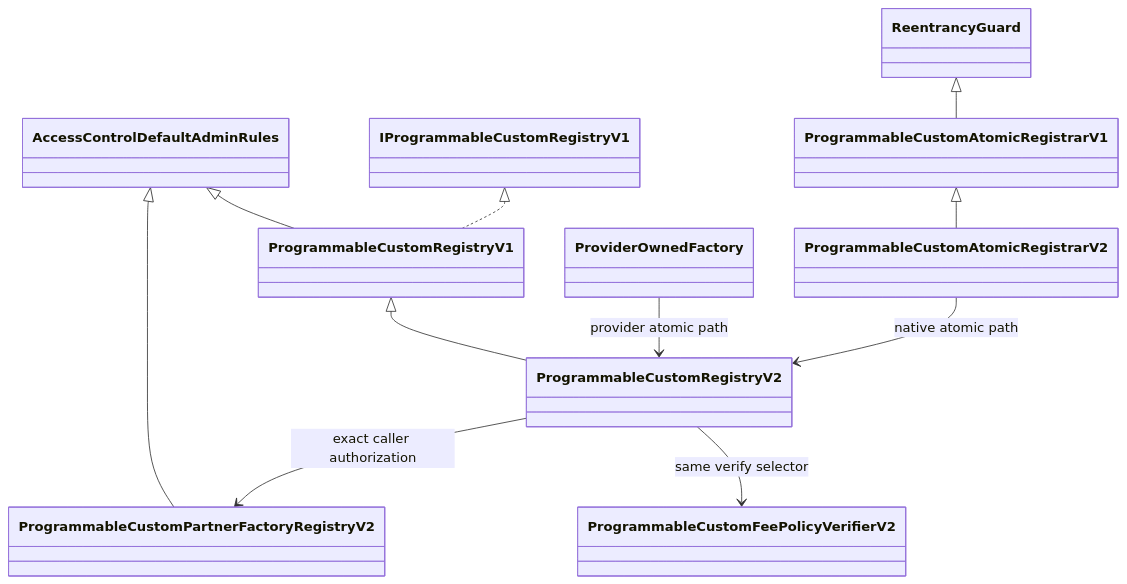
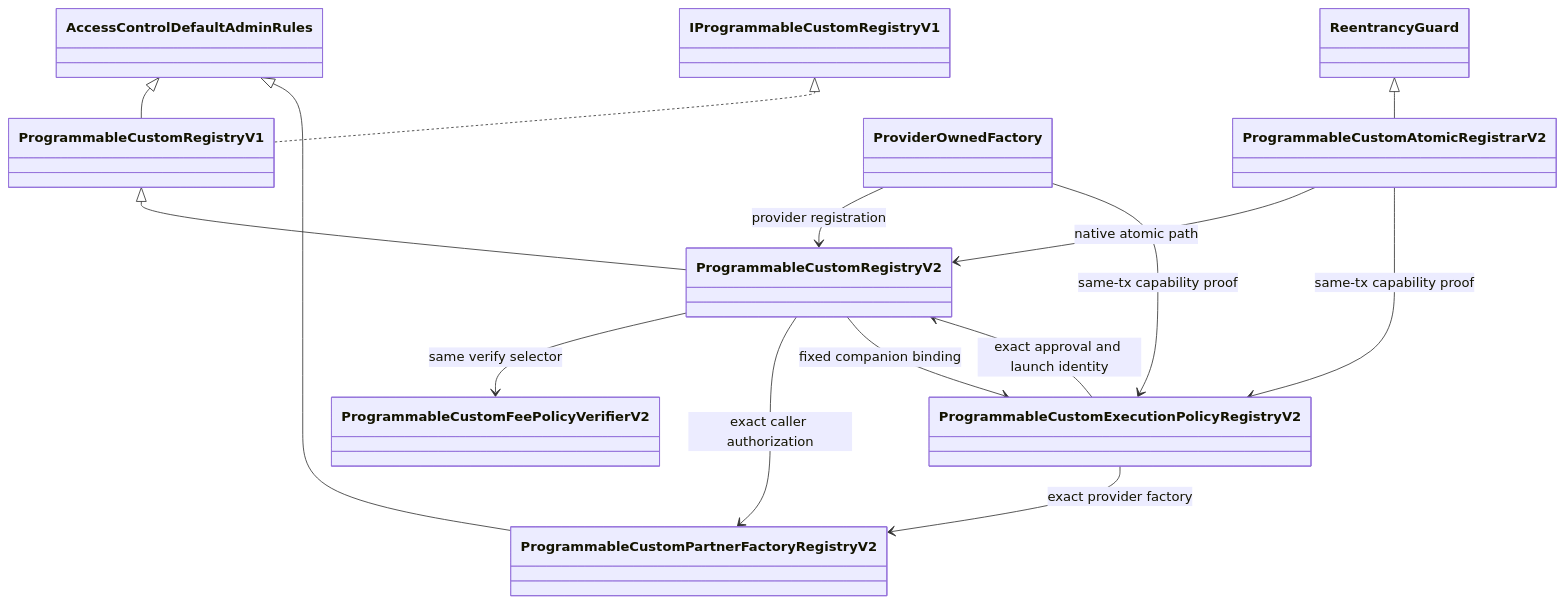
The first of 2 diagrams in contracts/security/CUSTOM_REGISTRY_GENERATION_2.md (0xprogrammable/PROGRAMMABLE), drawn with Mermaid before and after one commit. The commit also changed other lines of this file and 22 other files, not shown here.

Commit message:
feat(custom): freeze Gen2 execution capability registry

````diff
--- a/contracts/security/CUSTOM_REGISTRY_GENERATION_2.md
+++ b/contracts/security/CUSTOM_REGISTRY_GENERATION_2.md
@@ -5,24 +5,28 @@
 ```mermaid
 classDiagram
   class AccessControlDefaultAdminRules
   class ReentrancyGuard
   class IProgrammableCustomRegistryV1
   class ProgrammableCustomRegistryV1
   class ProgrammableCustomRegistryV2
   class ProgrammableCustomPartnerFactoryRegistryV2
   class ProgrammableCustomFeePolicyVerifierV2
-  class ProgrammableCustomAtomicRegistrarV1
+  class ProgrammableCustomExecutionPolicyRegistryV2
   class ProgrammableCustomAtomicRegistrarV2
   class ProviderOwnedFactory
 
   AccessControlDefaultAdminRules <|-- ProgrammableCustomRegistryV1
   ProgrammableCustomRegistryV1 <|-- ProgrammableCustomRegistryV2
   AccessControlDefaultAdminRules <|-- ProgrammableCustomPartnerFactoryRegistryV2
-  ReentrancyGuard <|-- ProgrammableCustomAtomicRegistrarV1
-  ProgrammableCustomAtomicRegistrarV1 <|-- ProgrammableCustomAtomicRegistrarV2
+  ReentrancyGuard <|-- ProgrammableCustomAtomicRegistrarV2
   IProgrammableCustomRegistryV1 <|.. ProgrammableCustomRegistryV1
   ProgrammableCustomRegistryV2 --> ProgrammableCustomFeePolicyVerifierV2 : same verify selector
   ProgrammableCustomRegistryV2 --> ProgrammableCustomPartnerFactoryRegistryV2 : exact caller authorization
+  ProgrammableCustomRegistryV2 --> ProgrammableCustomExecutionPolicyRegistryV2 : fixed companion binding
+  ProgrammableCustomExecutionPolicyRegistryV2 --> ProgrammableCustomRegistryV2 : exact approval and launch identity
+  ProgrammableCustomExecutionPolicyRegistryV2 --> ProgrammableCustomPartnerFactoryRegistryV2 : exact provider factory
   ProgrammableCustomAtomicRegistrarV2 --> ProgrammableCustomRegistryV2 : native atomic path
-  ProviderOwnedFactory --> ProgrammableCustomRegistryV2 : provider atomic path
+  ProgrammableCustomAtomicRegistrarV2 --> ProgrammableCustomExecutionPolicyRegistryV2 : same-tx capability proof
+  ProviderOwnedFactory --> ProgrammableCustomRegistryV2 : provider registration
+  ProviderOwnedFactory --> ProgrammableCustomExecutionPolicyRegistryV2 : same-tx capability proof
 ```
````
